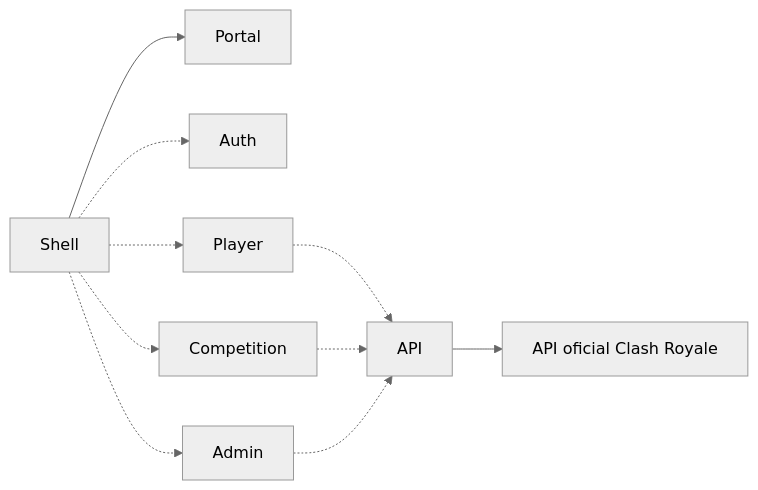
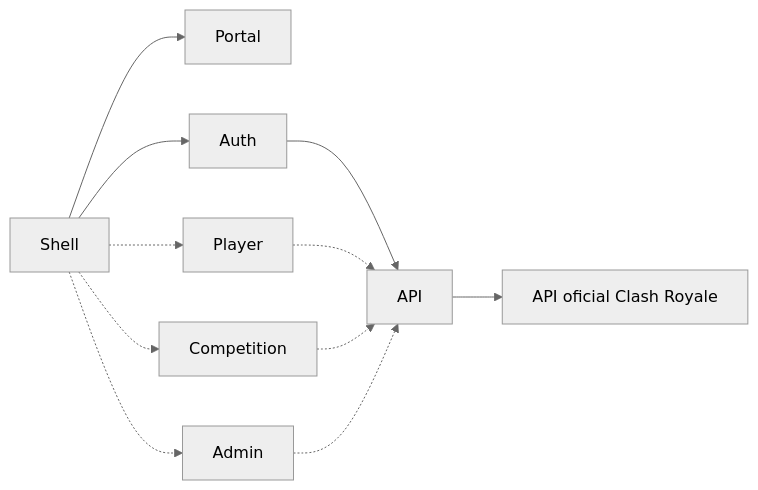
Before and after one commit to diegosilvaxx/clash-cup: the diagram in docs/migration.md, drawn with Mermaid (neutral theme). The commit also changed other lines of this file and 49 other files, not shown here.

````diff
--- a/docs/migration.md
+++ b/docs/migration.md
@@ -31,12 +31,13 @@
 ```mermaid
 flowchart LR
   Shell --> Portal
-  Shell -.-> Auth
+  Shell --> Auth
+  Auth --> API
   Shell -.-> Competition
   Shell -.-> Player
   Shell -.-> Admin
   Player -.-> API
   Competition -.-> API
   Admin -.-> API
   API --> ClashRoyale[API oficial Clash Royale]
 ```
````
